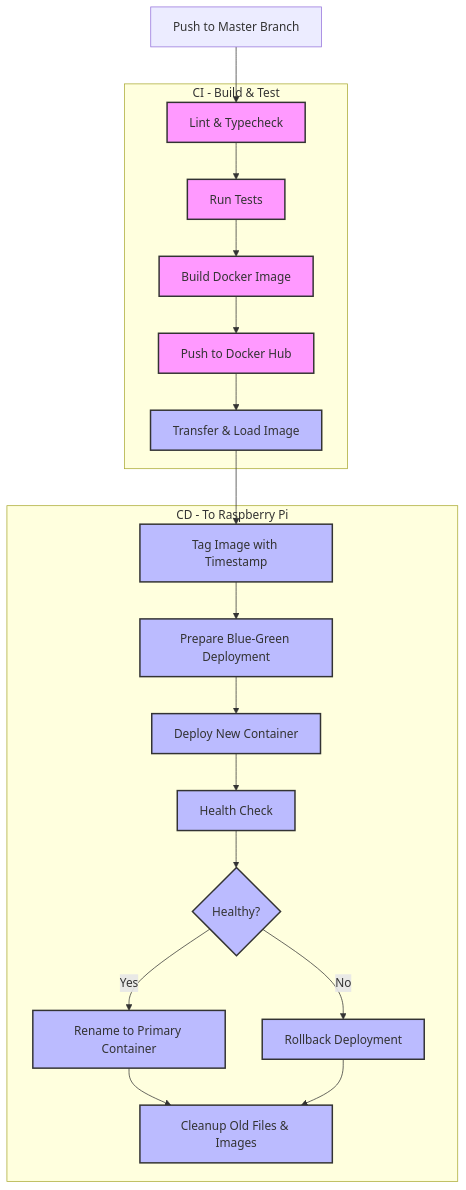
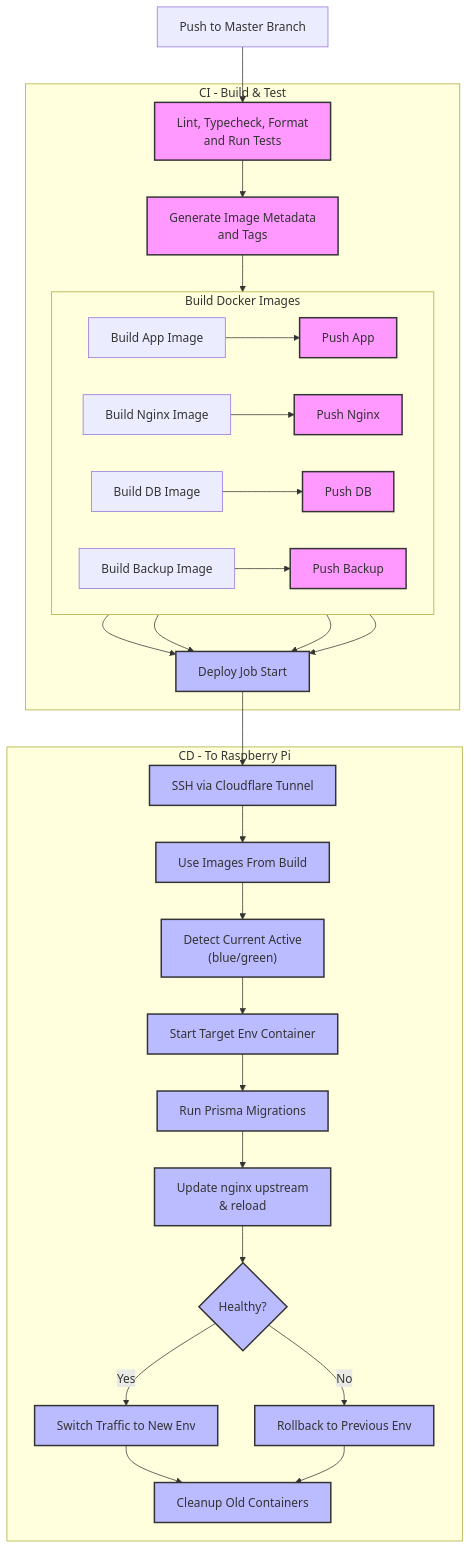
The first of 3 diagrams in README.md (JRRS1982/balanced), drawn with Mermaid before and after one commit. The commit also changed other lines of this file and 4 other files, not shown here.

````diff
--- a/README.md
+++ b/README.md
@@ -86,38 +86,48 @@
 ```mermaid
+%%{init: {'flowchart': {'wrap': true, 'htmlLabels': true}}}%%
 flowchart TB
     %% Deployment Trigger
     trigger_deploy[Push to Master Branch]
 
     trigger_deploy --> lint
 
     subgraph "CI - Build & Test"
-        lint[Lint & Typecheck] --> test
-        test[Run Tests] --> build
-        build[Build Docker Image] --> push
-        push[Push to Docker Hub] --> deploy
+        lint[Lint, Typecheck, Format <br/> and Run Tests] --> meta
+        meta["Generate Image Metadata <br/> and Tags"] --> build
+
+        subgraph build[Build Docker Images]
+            direction LR
+            build_app[Build App Image] --> push_app[Push App]
+            build_nginx[Build Nginx Image] --> push_nginx[Push Nginx]
+            build_db[Build DB Image] --> push_db[Push DB]
+            build_backup[Build Backup Image] --> push_backup[Push Backup]
+        end
+
+        push_app --> deploy
+        push_nginx --> deploy
+        push_db --> deploy
+        push_backup --> deploy
     end
 
     subgraph "CD - To Raspberry Pi"
-        deploy[Transfer & Load Image] --> tag
-        tag[Tag Image with Timestamp] --> bluegreen
-        bluegreen[Prepare Blue-Green Deployment] --> container
-        container[Deploy New Container] --> health
-        health[Health Check] --> switch
+        deploy[Deploy Job Start] --> ssh[SSH via Cloudflare Tunnel]
+        ssh --> pull[Use Images From Build]
+        pull --> state["Detect Current Active <br/> (blue/green)"]
+        state --> target[Start Target Env Container]
+        target --> migrate[Run Prisma Migrations]
+        migrate --> nginx_reload["Update nginx upstream <br/> & reload"]
+        nginx_reload --> health["Health Check via nginx"]
 
-        switch{Healthy?}
-        switch -->|Yes| rename[Rename to Primary Container]
-        switch -->|No| rollback[Rollback Deployment]
+        health{Healthy?}
+        health -->|Yes| switch[Switch Traffic to New Env]
+        health -->|No| rollback[Rollback to Previous Env]
 
-        rename --> cleanup
+        switch --> cleanup[Cleanup Old Containers]
         rollback --> cleanup
-
-        cleanup[Cleanup Old Files & Images]
     end
-
-
 
     classDef cicd fill:#f9f,stroke:#333,stroke-width:2px
     classDef pi fill:#bbf,stroke:#333,stroke-width:2px
-    class lint,test,build,push cicd
-    class deploy,tag,bluegreen,container,health,switch,rename,rollback,cleanup pi
+    class lint,test,meta,push_app,push_nginx,push_db,push_backup cicd
+    class deploy,ssh,pull,state,target,migrate,nginx_reload,health,switch,rollback,cleanup pi
 ```
````
